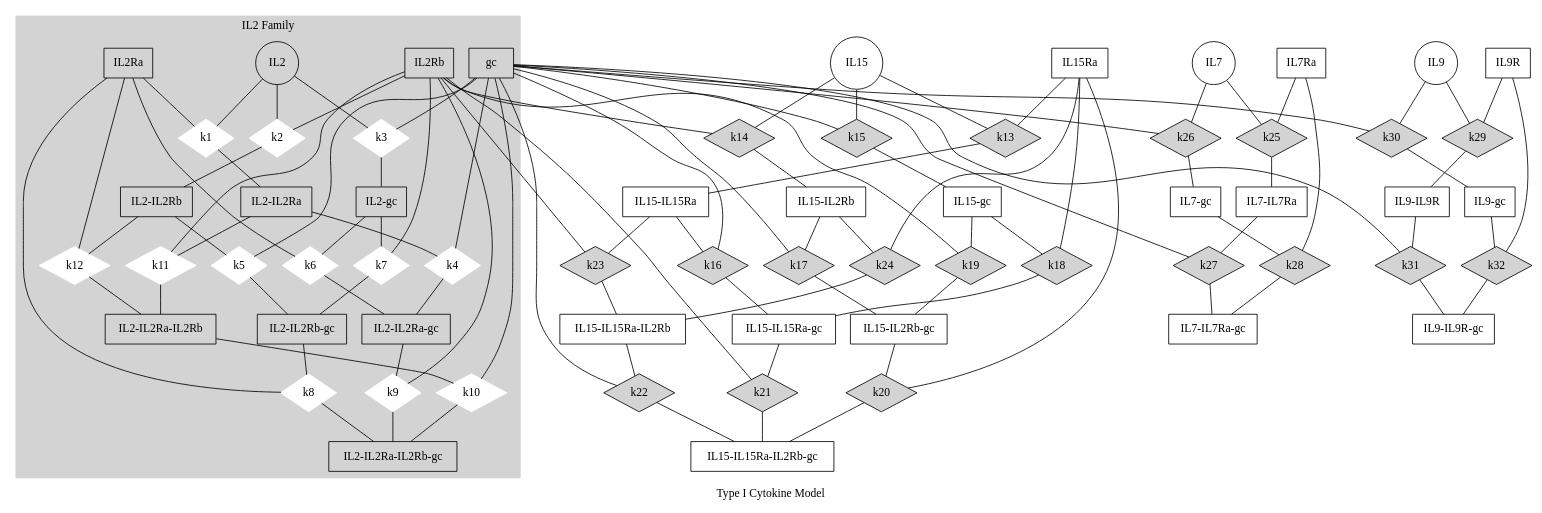
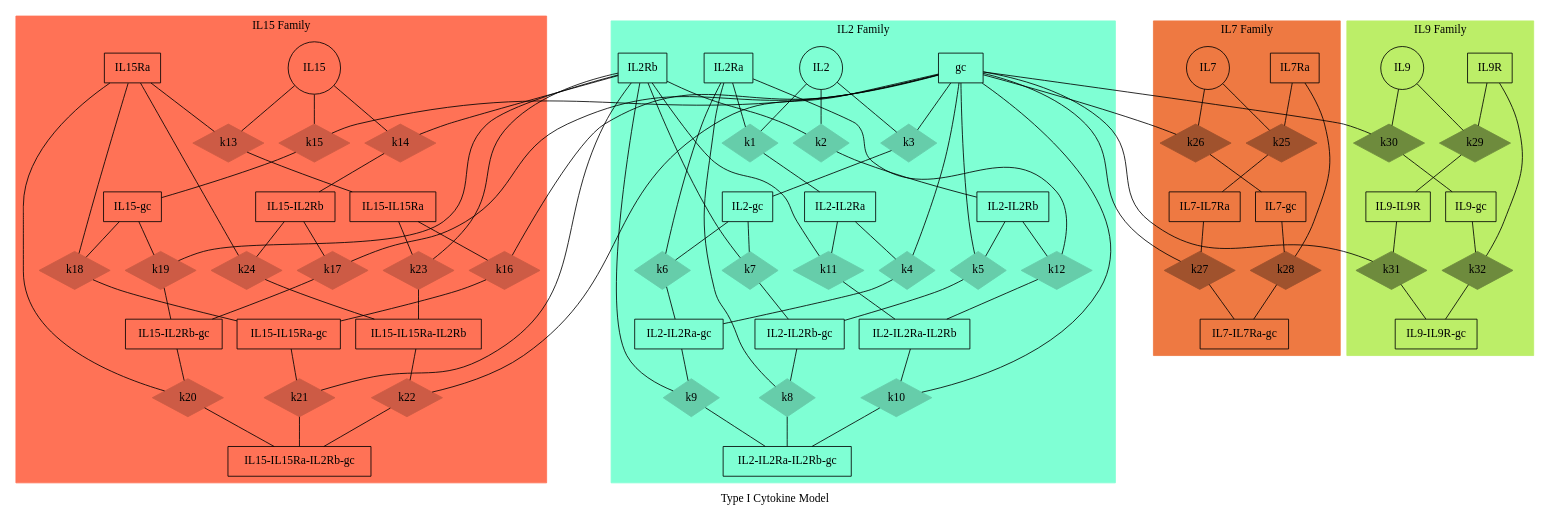
One commit to meyer-lab/gc-valent changed the diagram in ckine/data/graph_all.gv. Above: the diagram before and after it, drawn with Graphviz. The commit also changed 1 other file, not shown here.

```diff
--- a/ckine/data/graph_all.gv
+++ b/ckine/data/graph_all.gv
@@ -47,8 +47,8 @@
 
 subgraph cluster_IL2 {
     style=filled;
-	color=lightgrey;
-	node [style=filled,color=white];
+	color=aquamarine1;
+	node [style=filled,color=aquamarine3];
     label= "IL2 Family"
 
     "k1" [shape=diamond,style=filled,height=.1,width=.1];
@@ -112,104 +112,124 @@
     "k12" -> "IL2-IL2Ra-IL2Rb" [dir=none, weight=2];
 }
 
-"k13" [shape=diamond,style=filled,height=.1,width=.1];
-"IL15" -> "k13" [dir=none,weight=1];
-"IL15Ra" -> "k13" [dir=none,weight=1];
-"k13" -> "IL15-IL15Ra" [dir=none, weight=2];
+subgraph cluster_IL15 {
+    style=filled;
+	color=coral1;
+	node [style=filled,color=coral3];
+    label= "IL15 Family"
 
-"k14" [shape=diamond,style=filled,height=.1,width=.1];
-"IL15" -> "k14" [dir=none,weight=1];
-"IL2Rb" -> "k14" [dir=none,weight=1];
-"k14" -> "IL15-IL2Rb" [dir=none, weight=2];
+    "k13" [shape=diamond,style=filled,height=.1,width=.1];
+    "IL15" -> "k13" [dir=none,weight=1];
+    "IL15Ra" -> "k13" [dir=none,weight=1];
+    "k13" -> "IL15-IL15Ra" [dir=none, weight=2];
 
-"k15" [shape=diamond,style=filled,height=.1,width=.1];
-"IL15" -> "k15" [dir=none,weight=1];
-"gc" -> "k15" [dir=none,weight=1];
-"k15" -> "IL15-gc" [dir=none, weight=2];
+    "k14" [shape=diamond,style=filled,height=.1,width=.1];
+    "IL15" -> "k14" [dir=none,weight=1];
+    "IL2Rb" -> "k14" [dir=none,weight=1];
+    "k14" -> "IL15-IL2Rb" [dir=none, weight=2];
 
-"k16" [shape=diamond,style=filled,height=.1,width=.1];
-"IL15-IL15Ra" -> "k16" [dir=none,weight=1];
-"gc" -> "k16" [dir=none,weight=1];
-"k16" -> "IL15-IL15Ra-gc" [dir=none, weight=2];
+    "k15" [shape=diamond,style=filled,height=.1,width=.1];
+    "IL15" -> "k15" [dir=none,weight=1];
+    "gc" -> "k15" [dir=none,weight=1];
+    "k15" -> "IL15-gc" [dir=none, weight=2];
 
-"k17" [shape=diamond,style=filled,height=.1,width=.1];
-"IL15-IL2Rb" -> "k17" [dir=none,weight=1];
-"gc" -> "k17" [dir=none,weight=1];
-"k17" -> "IL15-IL2Rb-gc" [dir=none, weight=2];
+    "k16" [shape=diamond,style=filled,height=.1,width=.1];
+    "IL15-IL15Ra" -> "k16" [dir=none,weight=1];
+    "gc" -> "k16" [dir=none,weight=1];
+    "k16" -> "IL15-IL15Ra-gc" [dir=none, weight=2];
 
-"k18" [shape=diamond,style=filled,height=.1,width=.1];
-"IL15-gc" -> "k18" [dir=none,weight=1];
-"IL15Ra" -> "k18" [dir=none,weight=1];
-"k18" -> "IL15-IL15Ra-gc" [dir=none, weight=2];
+    "k17" [shape=diamond,style=filled,height=.1,width=.1];
+    "IL15-IL2Rb" -> "k17" [dir=none,weight=1];
+    "gc" -> "k17" [dir=none,weight=1];
+    "k17" -> "IL15-IL2Rb-gc" [dir=none, weight=2];
 
-"k19" [shape=diamond,style=filled,height=.1,width=.1];
-"IL15-gc" -> "k19" [dir=none,weight=1];
-"IL2Rb" -> "k19" [dir=none,weight=1];
-"k19" -> "IL15-IL2Rb-gc" [dir=none, weight=2];
+    "k18" [shape=diamond,style=filled,height=.1,width=.1];
+    "IL15-gc" -> "k18" [dir=none,weight=1];
+    "IL15Ra" -> "k18" [dir=none,weight=1];
+    "k18" -> "IL15-IL15Ra-gc" [dir=none, weight=2];
 
-"k20" [shape=diamond,style=filled,height=.1,width=.1];
-"IL15-IL2Rb-gc" -> "k20" [dir=none,weight=1];
-"IL15Ra" -> "k20" [dir=none,weight=1];
-"k20" -> "IL15-IL15Ra-IL2Rb-gc" [dir=none, weight=2];
+    "k19" [shape=diamond,style=filled,height=.1,width=.1];
+    "IL15-gc" -> "k19" [dir=none,weight=1];
+    "IL2Rb" -> "k19" [dir=none,weight=1];
+    "k19" -> "IL15-IL2Rb-gc" [dir=none, weight=2];
 
-"k21" [shape=diamond,style=filled,height=.1,width=.1];
-"IL15-IL15Ra-gc" -> "k21" [dir=none,weight=1];
-"IL2Rb" -> "k21" [dir=none,weight=1];
-"k21" -> "IL15-IL15Ra-IL2Rb-gc" [dir=none, weight=2];
+    "k20" [shape=diamond,style=filled,height=.1,width=.1];
+    "IL15-IL2Rb-gc" -> "k20" [dir=none,weight=1];
+    "IL15Ra" -> "k20" [dir=none,weight=1];
+    "k20" -> "IL15-IL15Ra-IL2Rb-gc" [dir=none, weight=2];
 
-"k22" [shape=diamond,style=filled,height=.1,width=.1];
-"IL15-IL15Ra-IL2Rb" -> "k22" [dir=none,weight=1];
-"gc" -> "k22" [dir=none,weight=1];
-"k22" -> "IL15-IL15Ra-IL2Rb-gc" [dir=none, weight=2];
+    "k21" [shape=diamond,style=filled,height=.1,width=.1];
+    "IL15-IL15Ra-gc" -> "k21" [dir=none,weight=1];
+    "IL2Rb" -> "k21" [dir=none,weight=1];
+    "k21" -> "IL15-IL15Ra-IL2Rb-gc" [dir=none, weight=2];
 
-"k23" [shape=diamond,style=filled,height=.1,width=.1];
-"IL15-IL15Ra" -> "k23" [dir=none,weight=1];
-"IL2Rb" -> "k23" [dir=none,weight=1];
-"k23" -> "IL15-IL15Ra-IL2Rb" [dir=none, weight=2];
+    "k22" [shape=diamond,style=filled,height=.1,width=.1];
+    "IL15-IL15Ra-IL2Rb" -> "k22" [dir=none,weight=1];
+    "gc" -> "k22" [dir=none,weight=1];
+    "k22" -> "IL15-IL15Ra-IL2Rb-gc" [dir=none, weight=2];
 
-"k24" [shape=diamond,style=filled,height=.1,width=.1];
-"IL15-IL2Rb" -> "k24" [dir=none,weight=1];
-"IL15Ra" -> "k24" [dir=none,weight=1];
-"k24" -> "IL15-IL15Ra-IL2Rb" [dir=none, weight=2];
+    "k23" [shape=diamond,style=filled,height=.1,width=.1];
+    "IL15-IL15Ra" -> "k23" [dir=none,weight=1];
+    "IL2Rb" -> "k23" [dir=none,weight=1];
+    "k23" -> "IL15-IL15Ra-IL2Rb" [dir=none, weight=2];
 
-"k25" [shape=diamond,style=filled,height=.1,width=.1];
-"IL7" -> "k25" [dir=none,weight=1];
-"IL7Ra" -> "k25" [dir=none,weight=1];
-"k25" -> "IL7-IL7Ra" [dir=none, weight=2];
+    "k24" [shape=diamond,style=filled,height=.1,width=.1];
+    "IL15-IL2Rb" -> "k24" [dir=none,weight=1];
+    "IL15Ra" -> "k24" [dir=none,weight=1];
+    "k24" -> "IL15-IL15Ra-IL2Rb" [dir=none, weight=2];
+}
 
-"k26" [shape=diamond,style=filled,height=.1,width=.1];
-"IL7" -> "k26" [dir=none,weight=1];
-"gc" -> "k26" [dir=none,weight=1];
-"k26" -> "IL7-gc" [dir=none, weight=2];
+subgraph cluster_IL7 {
+    style=filled;
+	color=sienna2;
+	node [style=filled,color=sienna];
+    label= "IL7 Family"
+    
+    "k25" [shape=diamond,style=filled,height=.1,width=.1];
+    "IL7" -> "k25" [dir=none,weight=1];
+    "IL7Ra" -> "k25" [dir=none,weight=1];
+    "k25" -> "IL7-IL7Ra" [dir=none, weight=2];
 
-"k27" [shape=diamond,style=filled,height=.1,width=.1];
-"IL7-IL7Ra" -> "k27" [dir=none,weight=1];
-"gc" -> "k27" [dir=none,weight=1];
-"k27" -> "IL7-IL7Ra-gc" [dir=none, weight=2];
+    "k26" [shape=diamond,style=filled,height=.1,width=.1];
+    "IL7" -> "k26" [dir=none,weight=1];
+    "gc" -> "k26" [dir=none,weight=1];
+    "k26" -> "IL7-gc" [dir=none, weight=2];
 
-"k28" [shape=diamond,style=filled,height=.1,width=.1];
-"IL7-gc" -> "k28" [dir=none,weight=1];
-"IL7Ra" -> "k28" [dir=none,weight=1];
-"k28" -> "IL7-IL7Ra-gc" [dir=none, weight=2];
+    "k27" [shape=diamond,style=filled,height=.1,width=.1];
+    "IL7-IL7Ra" -> "k27" [dir=none,weight=1];
+    "gc" -> "k27" [dir=none,weight=1];
+    "k27" -> "IL7-IL7Ra-gc" [dir=none, weight=2];
 
-"k29" [shape=diamond,style=filled,height=.1,width=.1];
-"IL9" -> "k29" [dir=none,weight=1];
-"IL9R" -> "k29" [dir=none,weight=1];
-"k29" -> "IL9-IL9R" [dir=none, weight=2];
+    "k28" [shape=diamond,style=filled,height=.1,width=.1];
+    "IL7-gc" -> "k28" [dir=none,weight=1];
+    "IL7Ra" -> "k28" [dir=none,weight=1];
+    "k28" -> "IL7-IL7Ra-gc" [dir=none, weight=2];
+}
 
-"k30" [shape=diamond,style=filled,height=.1,width=.1];
-"IL9" -> "k30" [dir=none,weight=1];
-"gc" -> "k30" [dir=none,weight=1];
-"k30" -> "IL9-gc" [dir=none, weight=2];
+subgraph cluster_IL9 {
+    style=filled;
+	color=darkolivegreen2;
+	node [style=filled,color=darkolivegreen4];
+    label= "IL9 Family"
+    
+    "k29" [shape=diamond,style=filled,height=.1,width=.1];
+    "IL9" -> "k29" [dir=none,weight=1];
+    "IL9R" -> "k29" [dir=none,weight=1];
+    "k29" -> "IL9-IL9R" [dir=none, weight=2];
 
-"k31" [shape=diamond,style=filled,height=.1,width=.1];
-"IL9-IL9R" -> "k31" [dir=none,weight=1];
-"gc" -> "k31" [dir=none,weight=1];
-"k31" -> "IL9-IL9R-gc" [dir=none, weight=2];
+    "k30" [shape=diamond,style=filled,height=.1,width=.1];
+    "IL9" -> "k30" [dir=none,weight=1];
+    "gc" -> "k30" [dir=none,weight=1];
+    "k30" -> "IL9-gc" [dir=none, weight=2];
 
-"k32" [shape=diamond,style=filled,height=.1,width=.1];
-"IL9-gc" -> "k32" [dir=none,weight=1];
-"IL9R" -> "k32" [dir=none,weight=1];
-"k32" -> "IL9-IL9R-gc" [dir=none, weight=2];
+    "k31" [shape=diamond,style=filled,height=.1,width=.1];
+    "IL9-IL9R" -> "k31" [dir=none,weight=1];
+    "gc" -> "k31" [dir=none,weight=1];
+    "k31" -> "IL9-IL9R-gc" [dir=none, weight=2];
 
+    "k32" [shape=diamond,style=filled,height=.1,width=.1];
+    "IL9-gc" -> "k32" [dir=none,weight=1];
+    "IL9R" -> "k32" [dir=none,weight=1];
+    "k32" -> "IL9-IL9R-gc" [dir=none, weight=2];
 }
+}
```
